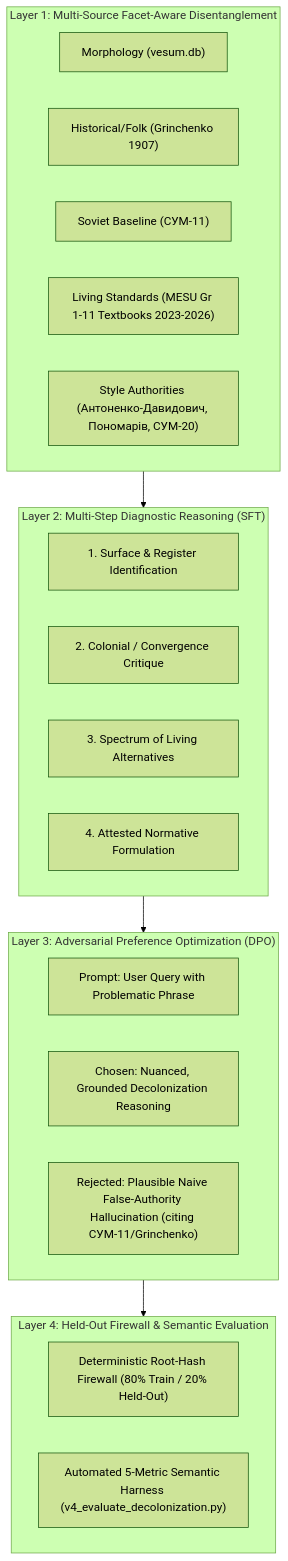
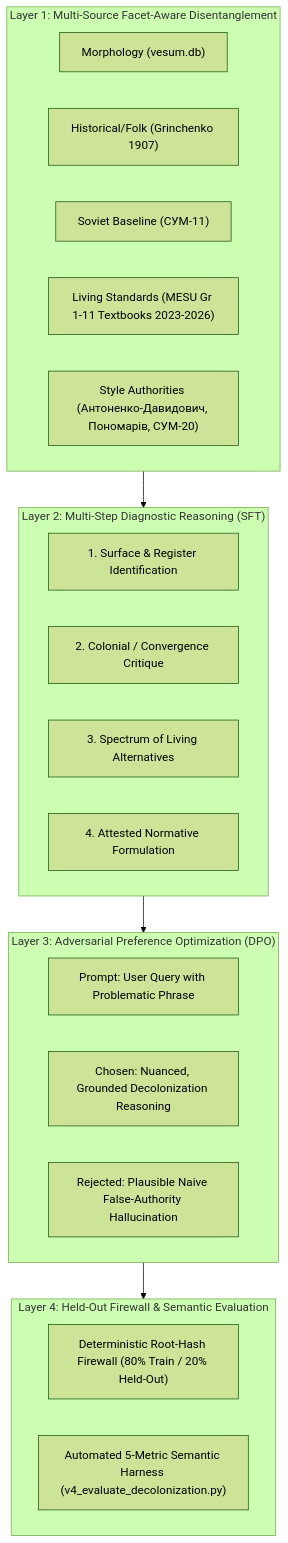
The diagram in docs/projects/open-model-data/UNLP_DECOLONIZATION_REASONING_PAPER.md (learn-ukrainian/learn-ukrainian.github.io), drawn with Mermaid (forest theme) before and after one commit. The commit also changed other lines of this file, not shown here.

````diff
--- a/docs/projects/open-model-data/UNLP_DECOLONIZATION_REASONING_PAPER.md
+++ b/docs/projects/open-model-data/UNLP_DECOLONIZATION_REASONING_PAPER.md
@@ -124,32 +121,32 @@
 ```mermaid
 flowchart TD
     subgraph Layer1 ["Layer 1: Multi-Source Facet-Aware Disentanglement"]
         L1A["Morphology (vesum.db)"]
         L1B["Historical/Folk (Grinchenko 1907)"]
         L1C["Soviet Baseline (СУМ-11)"]
         L1D["Living Standards (MESU Gr 1-11 Textbooks 2023-2026)"]
         L1E["Style Authorities (Антоненко-Давидович, Пономарів, СУМ-20)"]
     end
 
     subgraph Layer2 ["Layer 2: Multi-Step Diagnostic Reasoning (SFT)"]
         L2A["1. Surface & Register Identification"]
         L2B["2. Colonial / Convergence Critique"]
         L2C["3. Spectrum of Living Alternatives"]
         L2D["4. Attested Normative Formulation"]
     end
 
     subgraph Layer3 ["Layer 3: Adversarial Preference Optimization (DPO)"]
         L3A["Prompt: User Query with Problematic Phrase"]
         L3B["Chosen: Nuanced, Grounded Decolonization Reasoning"]
-        L3C["Rejected: Plausible Naive False-Authority Hallucination (citing СУМ-11/Grinchenko)"]
+        L3C["Rejected: Plausible Naive False-Authority Hallucination"]
     end
 
     subgraph Layer4 ["Layer 4: Held-Out Firewall & Semantic Evaluation"]
         L4A["Deterministic Root-Hash Firewall (80% Train / 20% Held-Out)"]
         L4B["Automated 5-Metric Semantic Harness (v4_evaluate_decolonization.py)"]
     end
 
     Layer1 --> Layer2
     Layer2 --> Layer3
     Layer3 --> Layer4
 ```
````
